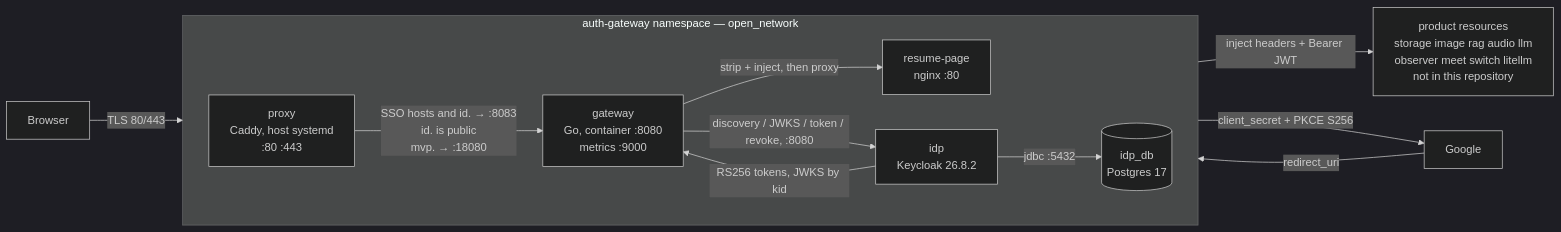
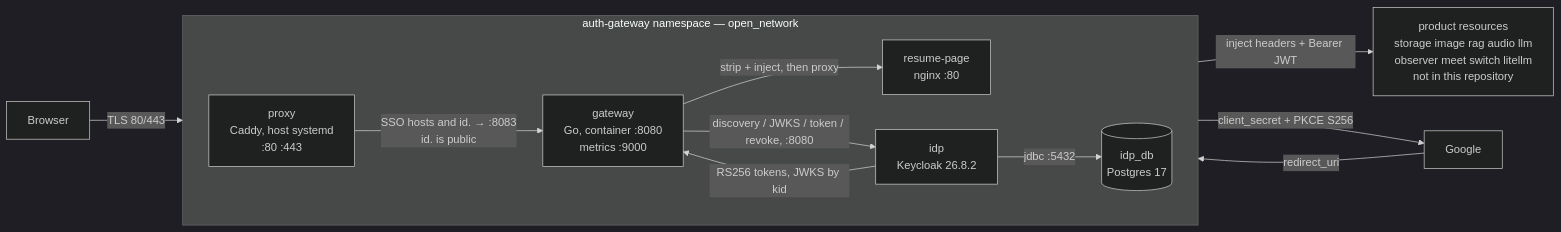
One commit to Aleshka5/Open-Storage changed the diagram in docs/auth-gateway/init.md. Above: the diagram before and after it, drawn with Mermaid (dark theme). The commit also changed other lines of this file and 17 other files, not shown here.

````diff
--- a/docs/auth-gateway/init.md
+++ b/docs/auth-gateway/init.md
@@ -9,26 +9,26 @@
 ```mermaid
 flowchart LR
   B["Browser"]
   GO["Google"]
 
   subgraph NS["auth-gateway namespace — open_network"]
     direction LR
     P["proxy<br/>Caddy, host systemd<br/>:80 :443"]
     G["gateway<br/>Go, container :8080<br/>metrics :9000"]
     I["idp<br/>Keycloak 26.8.2"]
     D[("idp_db<br/>Postgres 17")]
     R["resume-page<br/>nginx :80"]
   end
 
   PR["product resources<br/>storage image rag audio llm<br/>observer meet switch litellm<br/>not in this repository"]
 
   B -->|"TLS 80/443"| P
-  P -->|"SSO hosts and id. → :8083<br/>id. is public<br/>mvp. → :18080"| G
+  P -->|"SSO hosts and id. → :8083<br/>id. is public"| G
   G -->|"strip + inject, then proxy"| R
   G -->|"inject headers + Bearer JWT"| PR
   G -->|"discovery / JWKS / token / revoke, :8080"| I
   I -->|"RS256 tokens, JWKS by kid"| G
   I -->|"jdbc :5432"| D
   I -->|"client_secret + PKCE S256"| GO
   GO -->|"redirect_uri"| I
 ```
````
